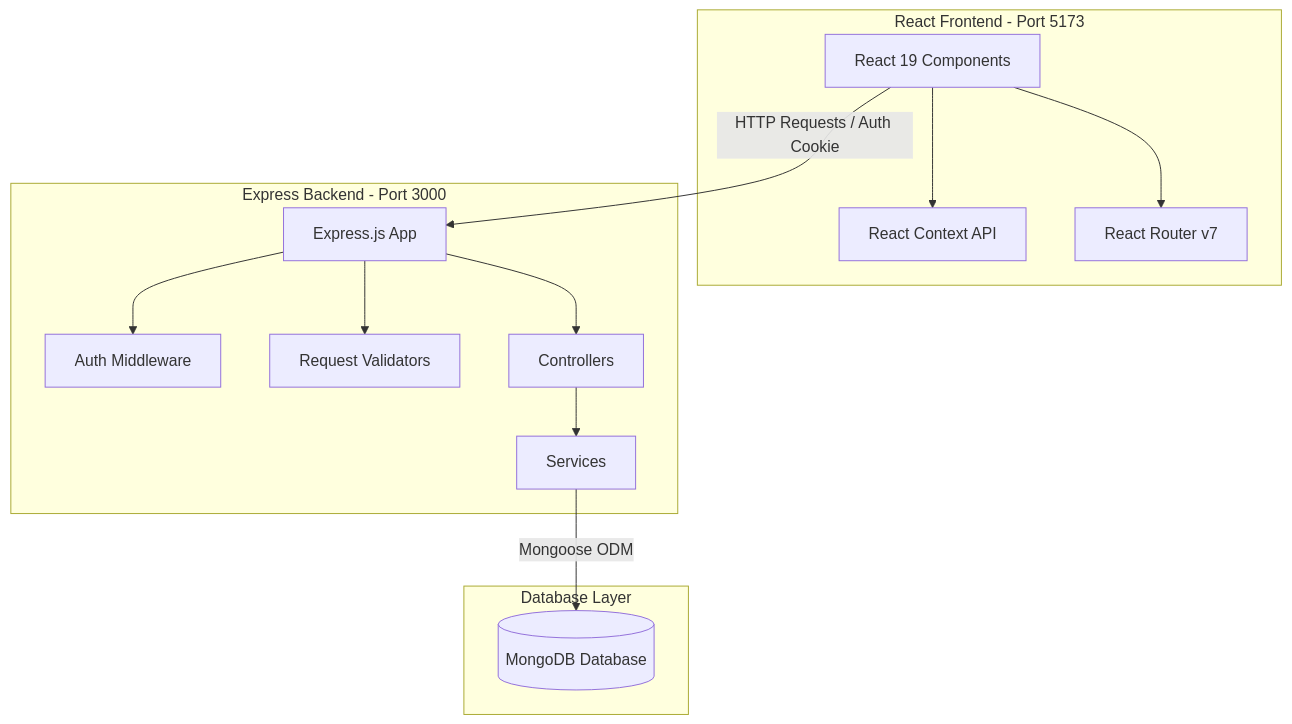
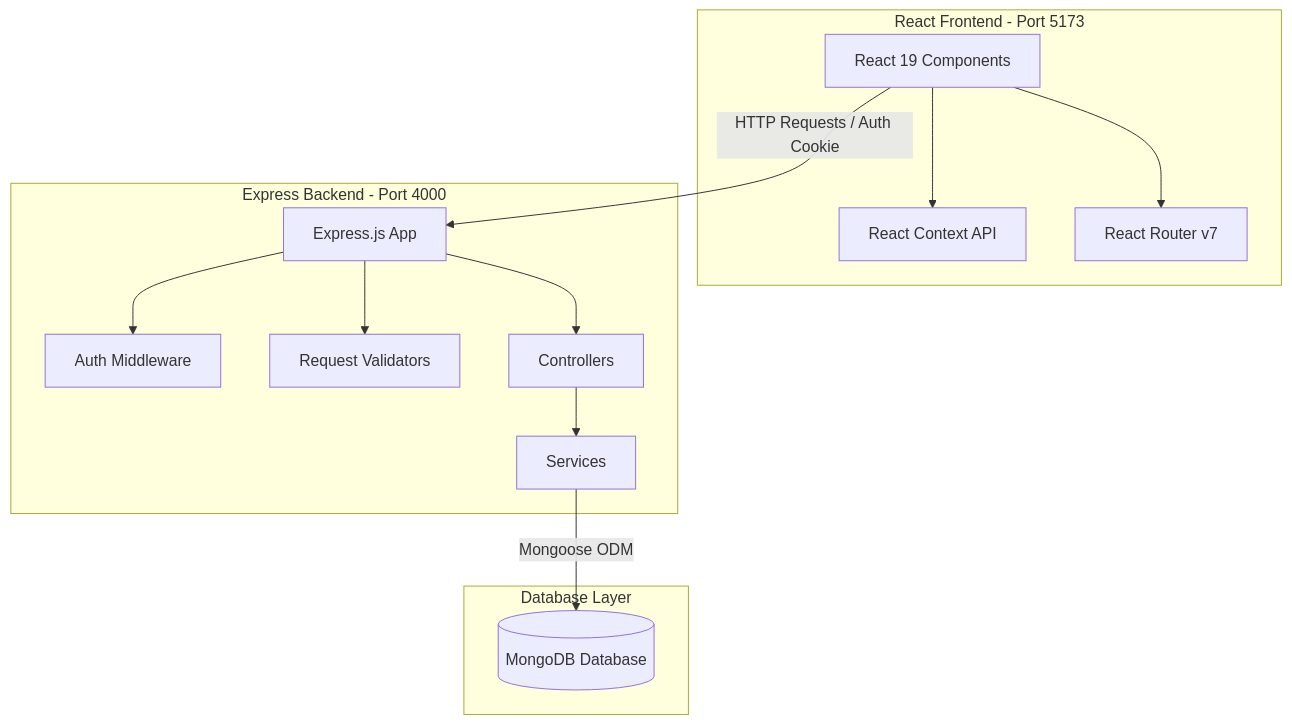
The diagram in README.md (kadapalanikith/Uber-Clone-App), drawn with Mermaid before and after one commit. The commit also changed other lines of this file and 2 other files, not shown here.

Commit message:
feat: Update environment configuration to use port 4000 and adjust database connection string

````diff
--- a/README.md
+++ b/README.md
@@ -11,29 +11,29 @@
 ```mermaid
 graph TD
     subgraph Frontend [React Frontend - Port 5173]
         UI[React 19 Components]
         RC[React Context API]
         RR[React Router v7]
         UI --> RC
         UI --> RR
     end
 
-    subgraph Backend [Express Backend - Port 3000]
+    subgraph Backend [Express Backend - Port 4000]
         API[Express.js App]
         MW[Auth Middleware]
         VAL[Request Validators]
         CTRL[Controllers]
         SRV[Services]
         API --> MW
         API --> VAL
         API --> CTRL
         CTRL --> SRV
     end
 
     subgraph Database [Database Layer]
         DB[(MongoDB Database)]
     end
 
     UI -- HTTP Requests / Auth Cookie --> API
     SRV -- Mongoose ODM --> DB
 ```
````
